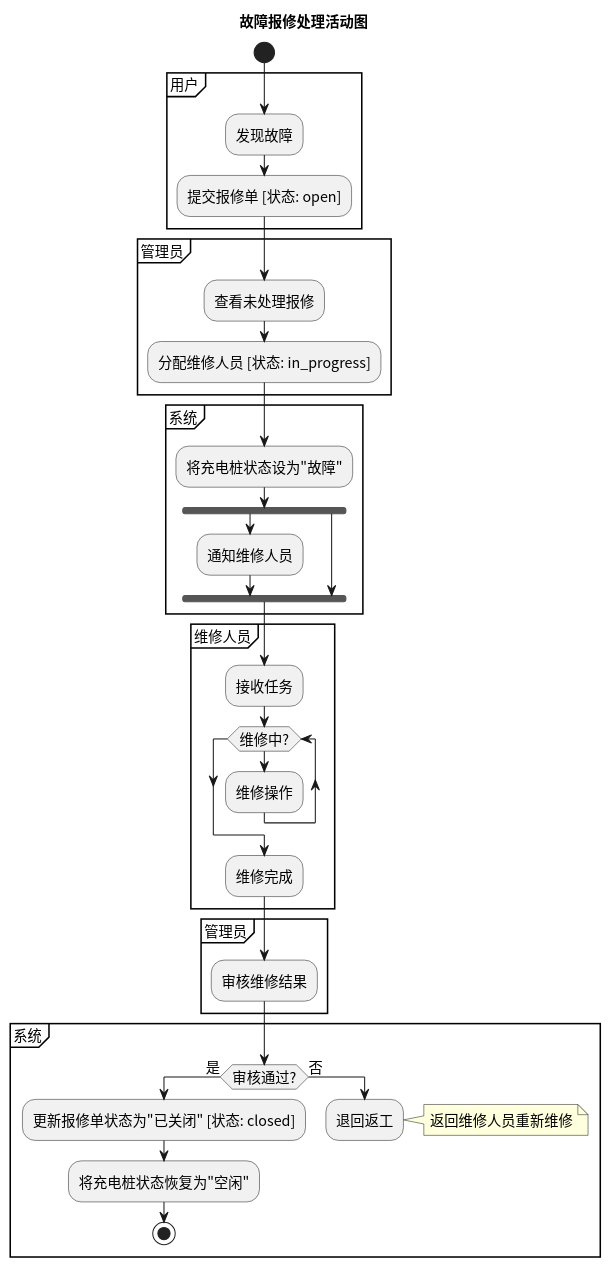
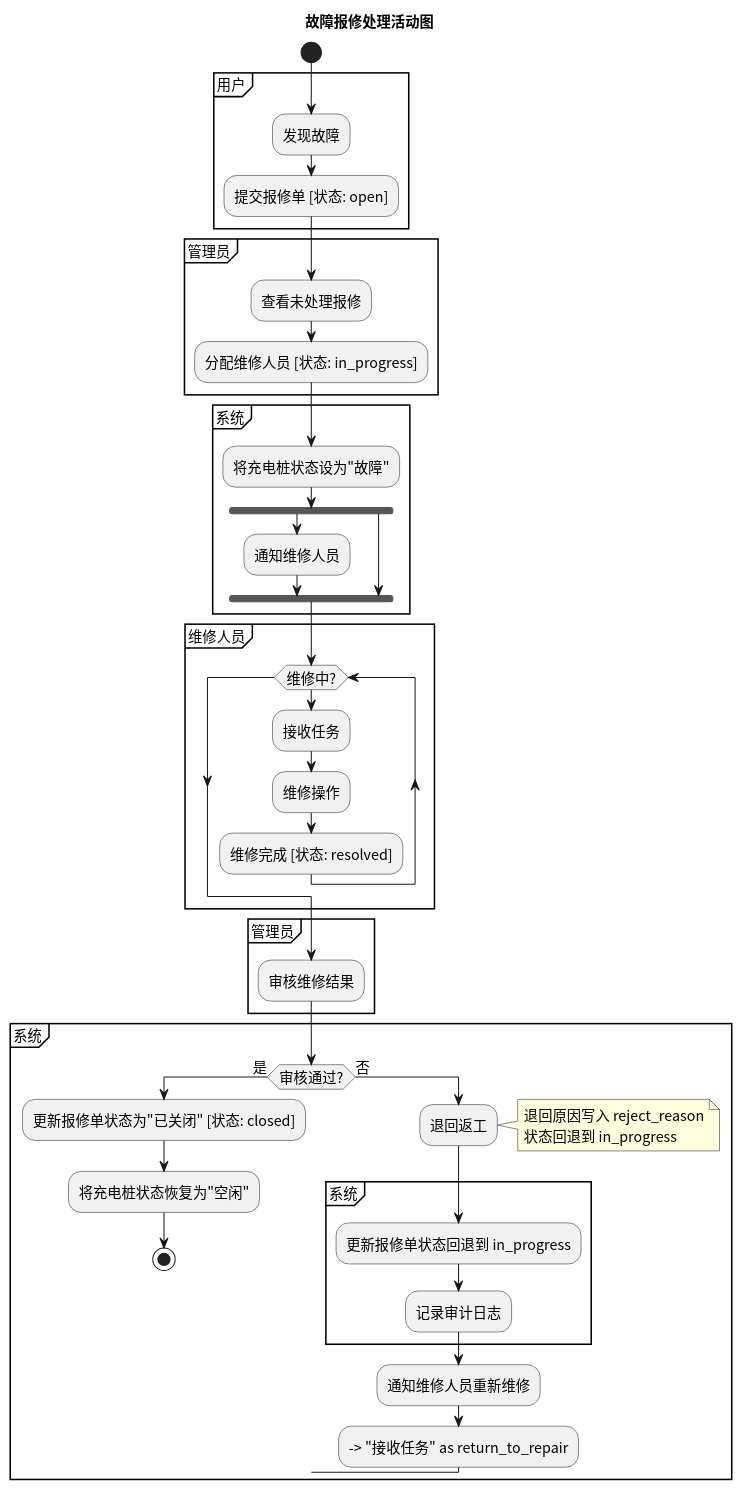
One commit to greenhandzdl/charging-station-doc changed the diagram in activity/src/activity_repair.puml. Above: the diagram before and after it, drawn with PlantUML. The commit also changed 30 other files, not shown here.

First line of the commit message:
fix: 架构评估修复 — 状态图/ER图/用例图修正、安全漏洞修复

```diff
--- a/activity/src/activity_repair.puml
+++ b/activity/src/activity_repair.puml
@@ -1,49 +1,54 @@
 @startuml
 skinparam defaultFontName "Noto Sans CJK SC"
 skinparam defaultFontSize 14
 title 故障报修处理活动图
 start
 
 partition "用户" {
   :发现故障;
   :提交报修单 [状态: open];
 }
 
 partition "管理员" {
   :查看未处理报修;
   :分配维修人员 [状态: in_progress];
 }
 
 partition "系统" {
   :将充电桩状态设为"故障";
   fork
     :通知维修人员;
   fork again
   endfork
 }
 
 partition "维修人员" {
-  :接收任务;
   while (维修中?)
+    :接收任务;
     :维修操作;
+    :维修完成 [状态: resolved];
   endwhile
-  :维修完成;
 }
 
 partition "管理员" {
   :审核维修结果;
 }
 
 partition "系统" {
   if (审核通过?) then (是)
     :更新报修单状态为"已关闭" [状态: closed];
     :将充电桩状态恢复为"空闲";
     stop
   else (否)
     :退回返工;
-    note right: 返回维修人员重新维修
-    detach
+    note right: 退回原因写入 reject_reason\n状态回退到 in_progress
+    partition "系统" {
+      :更新报修单状态回退到 in_progress;
+      :记录审计日志;
+    }
+    :通知维修人员重新维修;
+    --> "接收任务" as return_to_repair
   endif
 }
 
 @enduml
```
